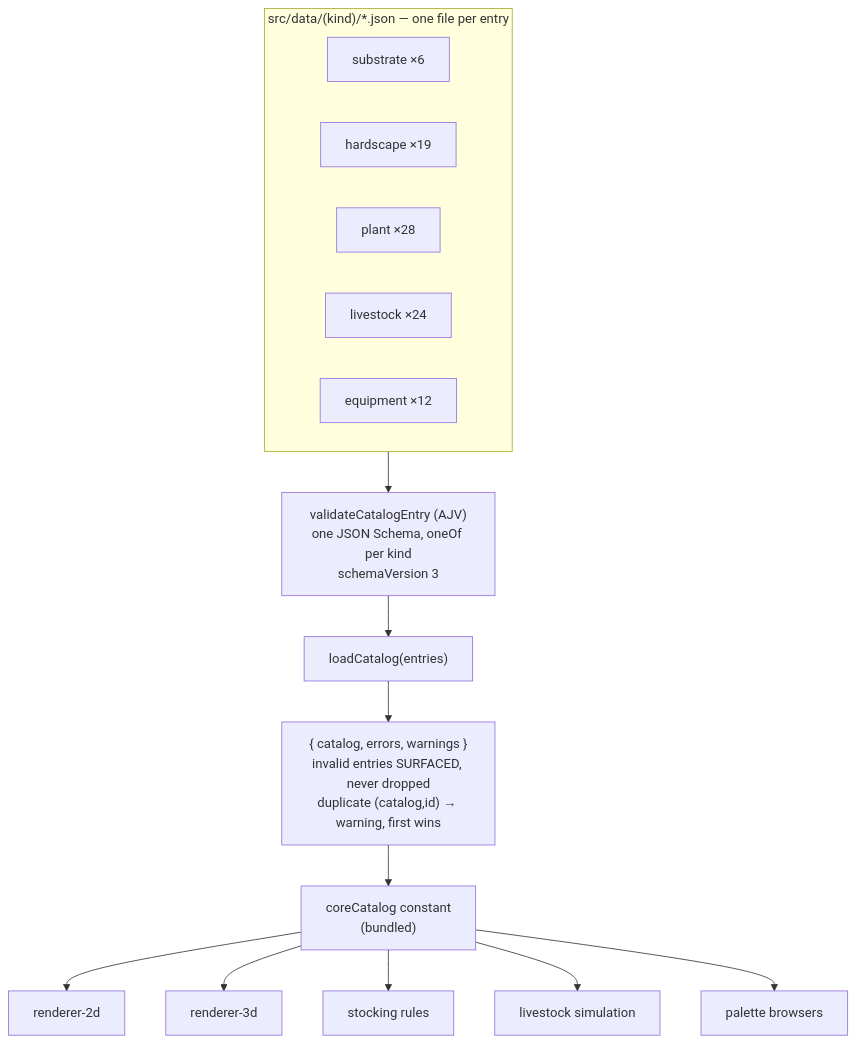
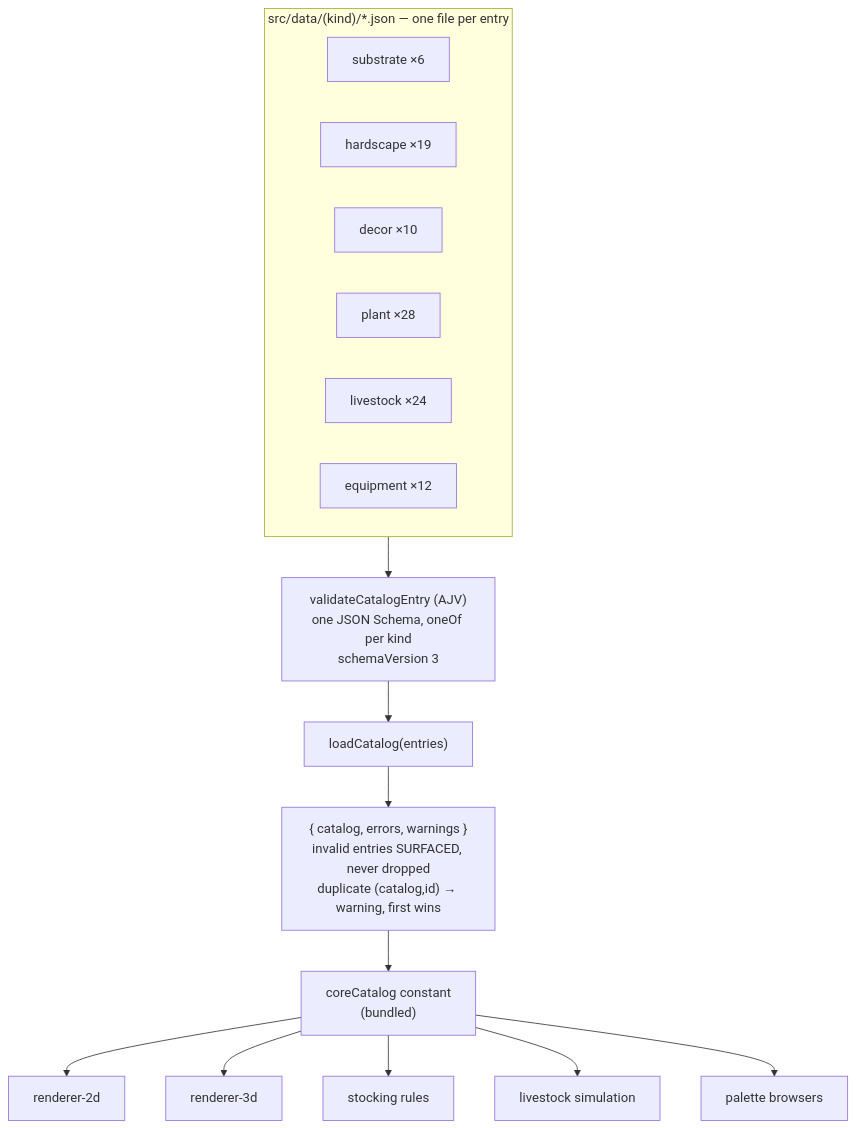
The diagram in docs/architecture/catalog.md (joebarbere/aquascape), drawn with Mermaid before and after one commit. The commit also changed other lines of this file and 4 other files, not shown here.

First line of the commit message:
docs: feature bullets, history, status, architecture + glossary entries for 3D decorations

````diff
--- a/docs/architecture/catalog.md
+++ b/docs/architecture/catalog.md
@@ -15,15 +15,16 @@
 ```mermaid
 flowchart TD
     subgraph manifests ["src/data/(kind)/*.json — one file per entry"]
         S[substrate ×6]
         H[hardscape ×19]
+        D[decor ×10]
         P[plant ×28]
         L[livestock ×24]
         E[equipment ×12]
     end
     manifests --> V["validateCatalogEntry (AJV)<br/>one JSON Schema, oneOf per kind<br/>schemaVersion 3"]
     V --> LD["loadCatalog(entries)"]
     LD --> OUT["{ catalog, errors, warnings }<br/>invalid entries SURFACED, never dropped<br/>duplicate (catalog,id) → warning, first wins"]
     OUT --> CC["coreCatalog constant<br/>(bundled)"]
     CC --> R2D[renderer-2d] & R3D[renderer-3d] & STK[stocking rules] & SIM[livestock simulation] & UI[palette browsers]
 ```
````
